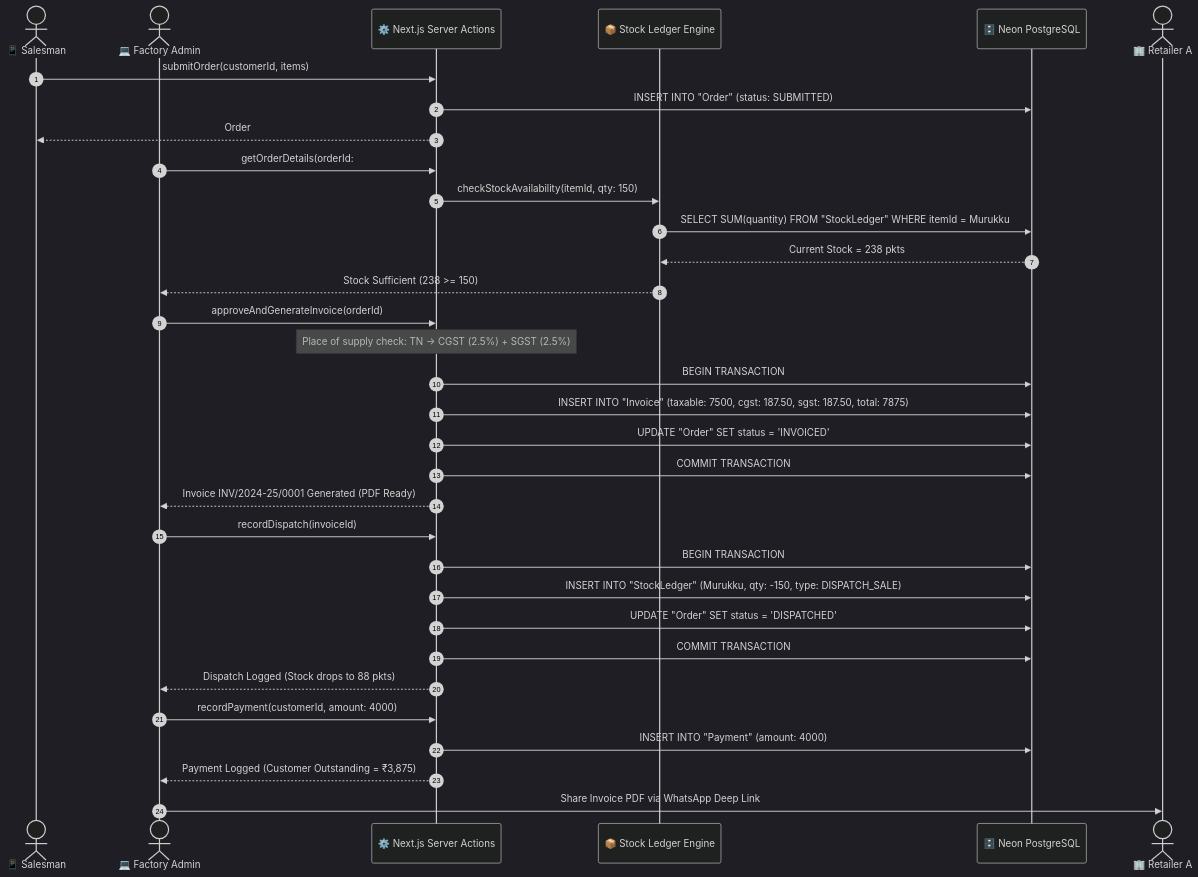
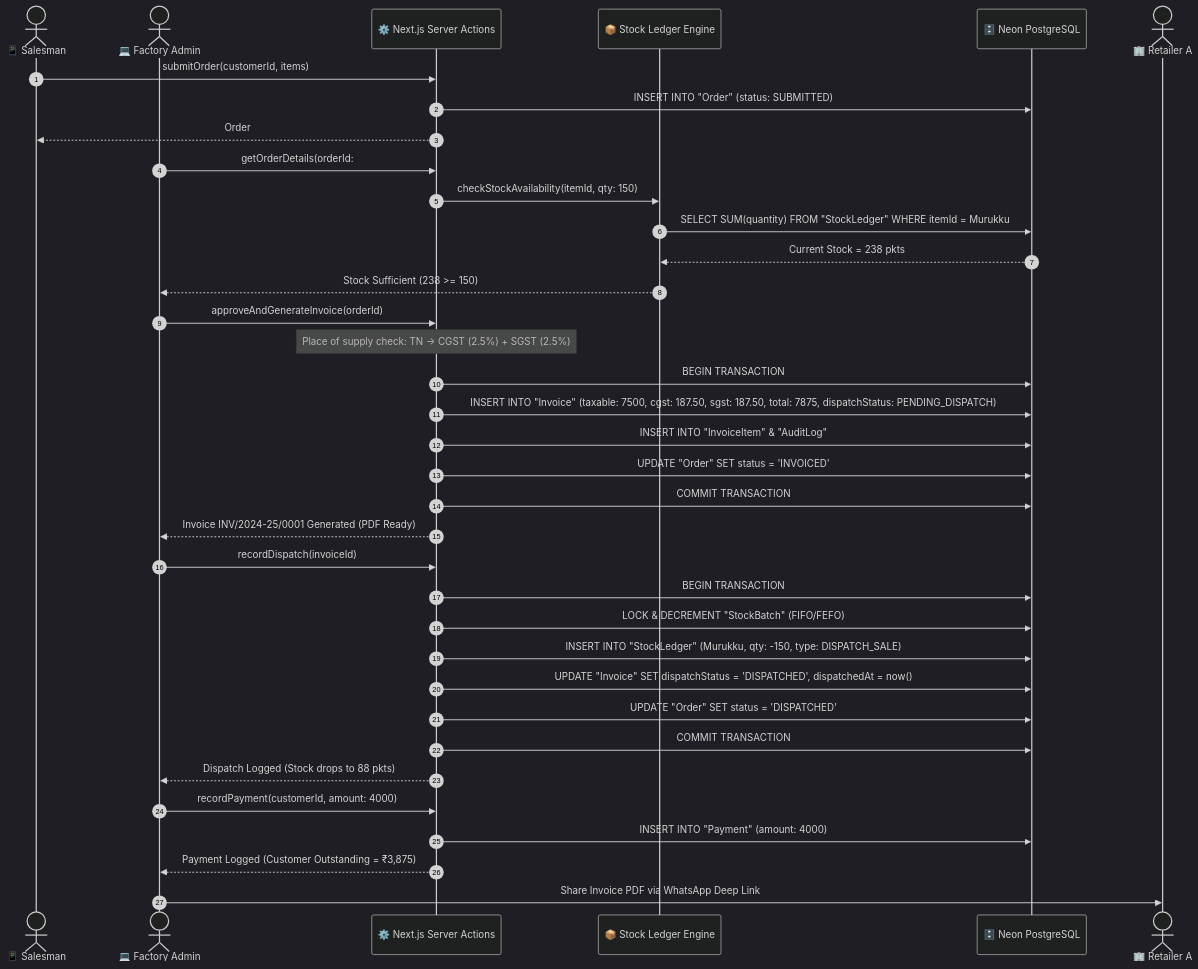
Before and after one commit to RohithRV2006/Nittin: the third of 8 diagrams in docs/DESIGN.md, drawn with Mermaid (dark theme). The commit also changed other lines of this file and 9 other files, not shown here.

Commit message:
docs: add comprehensive system architecture and business logic documentation

````diff
--- a/docs/DESIGN.md
+++ b/docs/DESIGN.md
@@ -178,40 +178,43 @@
 ```mermaid
 sequenceDiagram
     autonumber
     actor Salesman as 📱 Salesman
     actor Admin as 💻 Factory Admin
     participant System as ⚙️ Next.js Server Actions
     participant StockEngine as 📦 Stock Ledger Engine
     participant DB as 🗄️ Neon PostgreSQL
     actor Customer as 🏢 Retailer A
 
     Salesman->>System: submitOrder(customerId, items)
     System->>DB: INSERT INTO "Order" (status: SUBMITTED)
     System-->>Salesman: Order #ORD-001 Created (Confirmed)
     
     Admin->>System: getOrderDetails(orderId: #ORD-001)
     System->>StockEngine: checkStockAvailability(itemId, qty: 150)
     StockEngine->>DB: SELECT SUM(quantity) FROM "StockLedger" WHERE itemId = Murukku
     DB-->>StockEngine: Current Stock = 238 pkts
     StockEngine-->>Admin: Stock Sufficient (238 >= 150)
 
     Admin->>System: approveAndGenerateInvoice(orderId)
     Note over System: Place of supply check: TN -> CGST (2.5%) + SGST (2.5%)
     System->>DB: BEGIN TRANSACTION
-    System->>DB: INSERT INTO "Invoice" (taxable: 7500, cgst: 187.50, sgst: 187.50, total: 7875)
+    System->>DB: INSERT INTO "Invoice" (taxable: 7500, cgst: 187.50, sgst: 187.50, total: 7875, dispatchStatus: PENDING_DISPATCH)
+    System->>DB: INSERT INTO "InvoiceItem" & "AuditLog"
     System->>DB: UPDATE "Order" SET status = 'INVOICED'
     System->>DB: COMMIT TRANSACTION
     System-->>Admin: Invoice INV/2024-25/0001 Generated (PDF Ready)
 
     Admin->>System: recordDispatch(invoiceId)
     System->>DB: BEGIN TRANSACTION
+    System->>DB: LOCK & DECREMENT "StockBatch" (FIFO/FEFO)
     System->>DB: INSERT INTO "StockLedger" (Murukku, qty: -150, type: DISPATCH_SALE)
+    System->>DB: UPDATE "Invoice" SET dispatchStatus = 'DISPATCHED', dispatchedAt = now()
     System->>DB: UPDATE "Order" SET status = 'DISPATCHED'
     System->>DB: COMMIT TRANSACTION
     System-->>Admin: Dispatch Logged (Stock drops to 88 pkts)
 
     Admin->>System: recordPayment(customerId, amount: 4000)
     System->>DB: INSERT INTO "Payment" (amount: 4000)
     System-->>Admin: Payment Logged (Customer Outstanding = ₹3,875)
     Admin->>Customer: Share Invoice PDF via WhatsApp Deep Link
 ```
````
